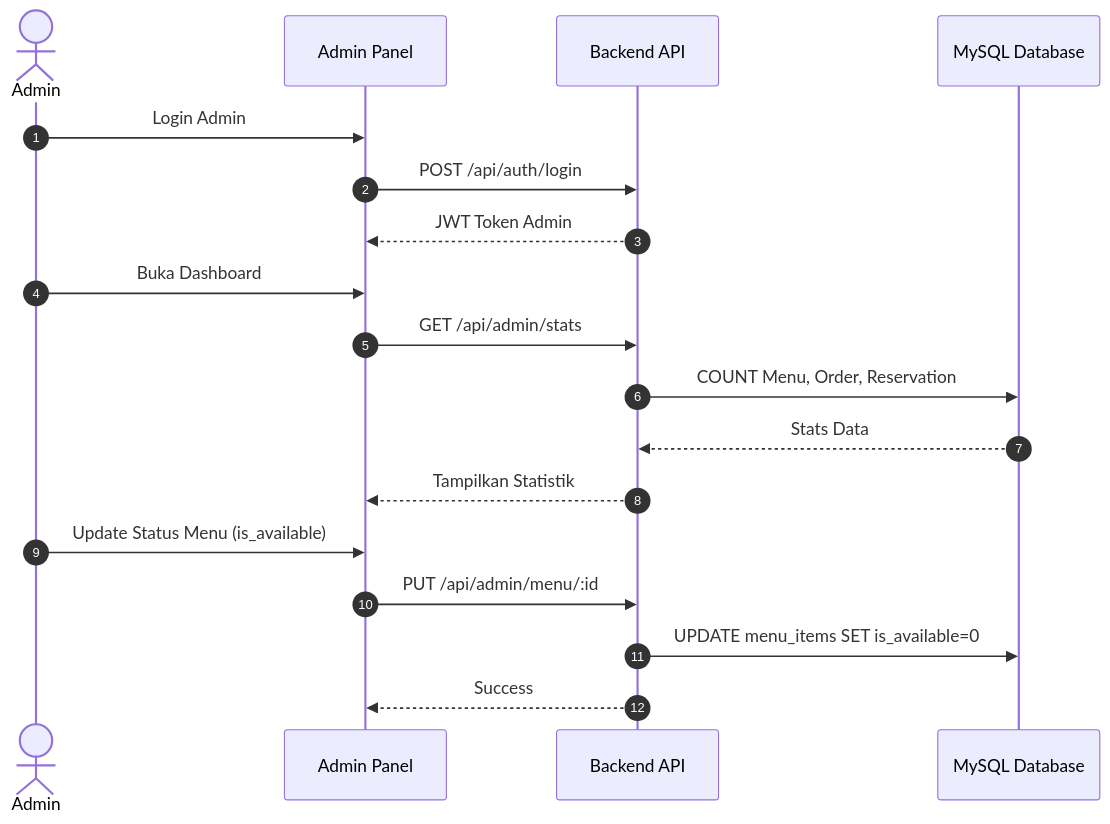
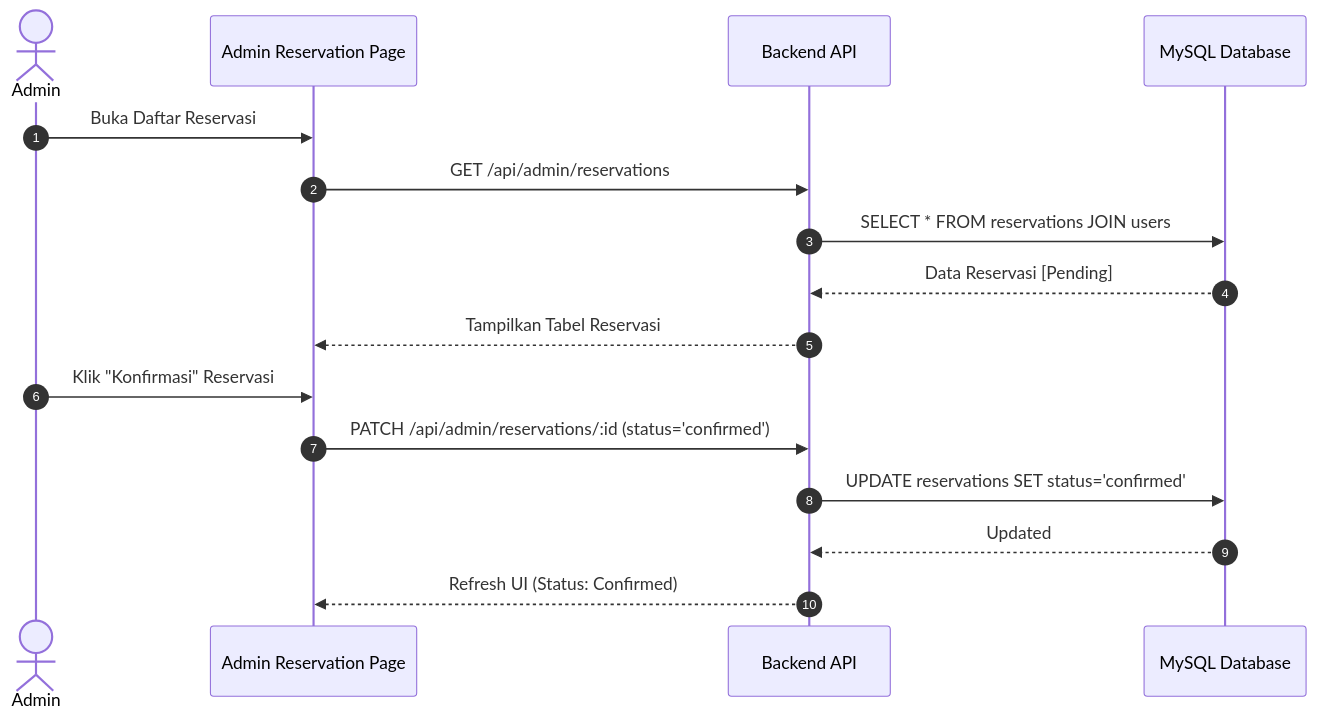
Before and after one commit to AkbarHusaini/website-reservasi-online-Ineri-suki: the seventh of 8 diagrams in DIAGRAM.md, drawn with Mermaid. The commit also changed other lines of this file, not shown here.

Commit message:
docs: split admin sequence diagrams into feature-specific sections

````diff
--- a/DIAGRAM.md
+++ b/DIAGRAM.md
@@ -156,23 +179,20 @@
 ```mermaid
 sequenceDiagram
     autonumber
     actor Admin
-    participant FE as Admin Panel
+    participant FE as Admin Reservation Page
     participant BE as Backend API
     participant DB as MySQL Database
 
-    Admin->>FE: Login Admin
-    FE->>BE: POST /api/auth/login
-    BE-->>FE: JWT Token Admin
+    Admin->>FE: Buka Daftar Reservasi
+    FE->>BE: GET /api/admin/reservations
+    BE->>DB: SELECT * FROM reservations JOIN users
+    DB-->>BE: Data Reservasi [Pending]
+    BE-->>FE: Tampilkan Tabel Reservasi
     
-    Admin->>FE: Buka Dashboard
-    FE->>BE: GET /api/admin/stats
-    BE->>DB: COUNT Menu, Order, Reservation
-    DB-->>BE: Stats Data
-    BE-->>FE: Tampilkan Statistik
-
-    Admin->>FE: Update Status Menu (is_available)
-    FE->>BE: PUT /api/admin/menu/:id
-    BE->>DB: UPDATE menu_items SET is_available=0
-    BE-->>FE: Success
+    Admin->>FE: Klik "Konfirmasi" Reservasi
+    FE->>BE: PATCH /api/admin/reservations/:id (status='confirmed')
+    BE->>DB: UPDATE reservations SET status='confirmed'
+    DB-->>BE: Updated
+    BE-->>FE: Refresh UI (Status: Confirmed)
 ```
````
